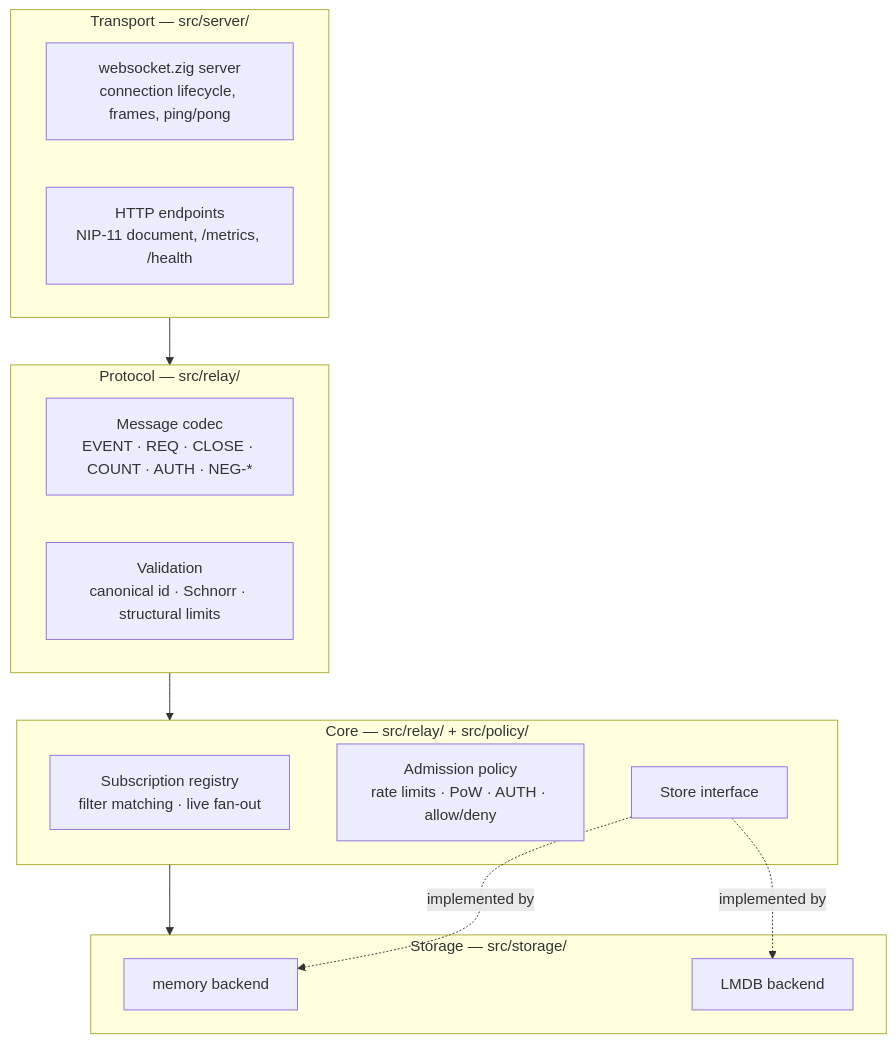
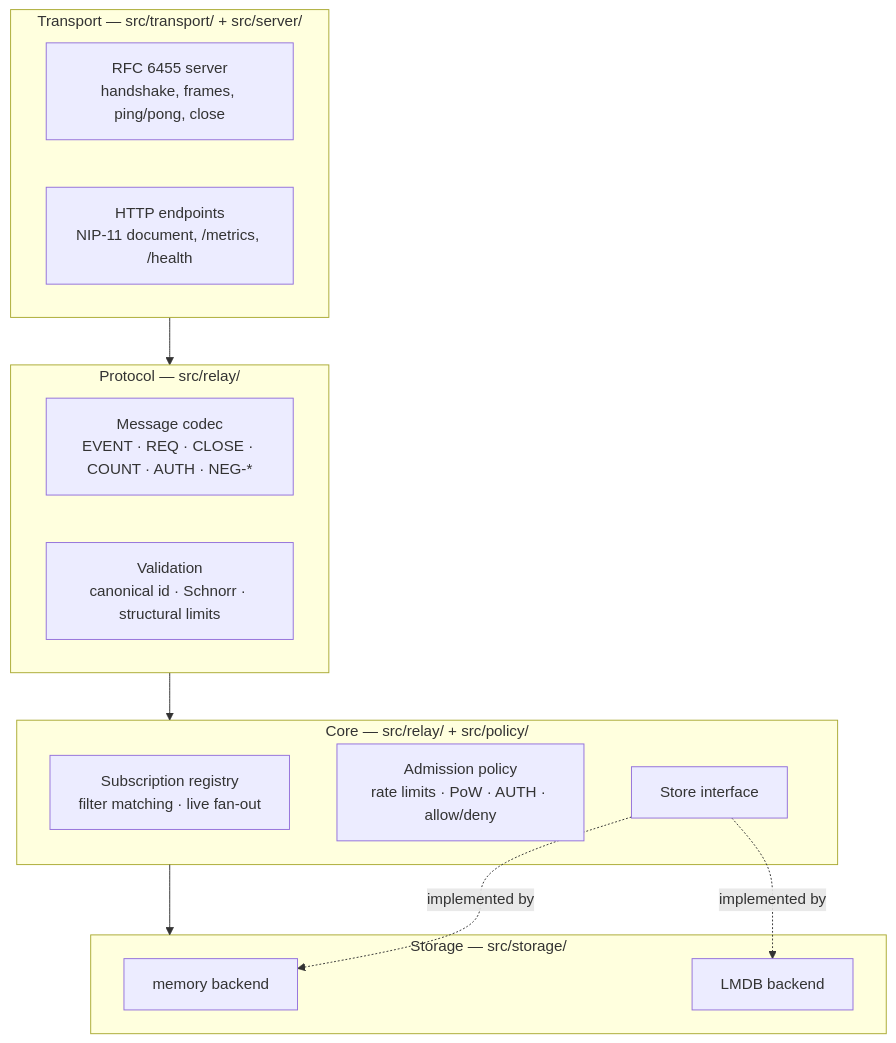
One commit to KyraLabs/easyrelay changed the first of 2 diagrams in docs/architecture.md. Above: the diagram before and after it, drawn with Mermaid. The commit also changed other lines of this file and 15 other files, not shown here.

First line of the commit message:
feat(server): serve over the first-party transport and drop websocket.zig

````diff
--- a/docs/architecture.md
+++ b/docs/architecture.md
@@ -11,24 +11,24 @@
 ```mermaid
 flowchart TB
-    subgraph T["Transport — src/server/"]
-        WS["websocket.zig server<br/>connection lifecycle, frames, ping/pong"]
+    subgraph T["Transport — src/transport/ + src/server/"]
+        WS["RFC 6455 server<br/>handshake, frames, ping/pong, close"]
         HTTP["HTTP endpoints<br/>NIP-11 document, /metrics, /health"]
     end
     subgraph P["Protocol — src/relay/"]
         CODEC["Message codec<br/>EVENT · REQ · CLOSE · COUNT · AUTH · NEG-*"]
         VALID["Validation<br/>canonical id · Schnorr · structural limits"]
     end
     subgraph C["Core — src/relay/ + src/policy/"]
         SUBS["Subscription registry<br/>filter matching · live fan-out"]
         POL["Admission policy<br/>rate limits · PoW · AUTH · allow/deny"]
         IFACE["Store interface"]
     end
     subgraph S["Storage — src/storage/"]
         MEM["memory backend"]
         LMDB["LMDB backend"]
     end
 
     T --> P --> C --> S
     IFACE -.implemented by.-> MEM
     IFACE -.implemented by.-> LMDB
 ```
````
